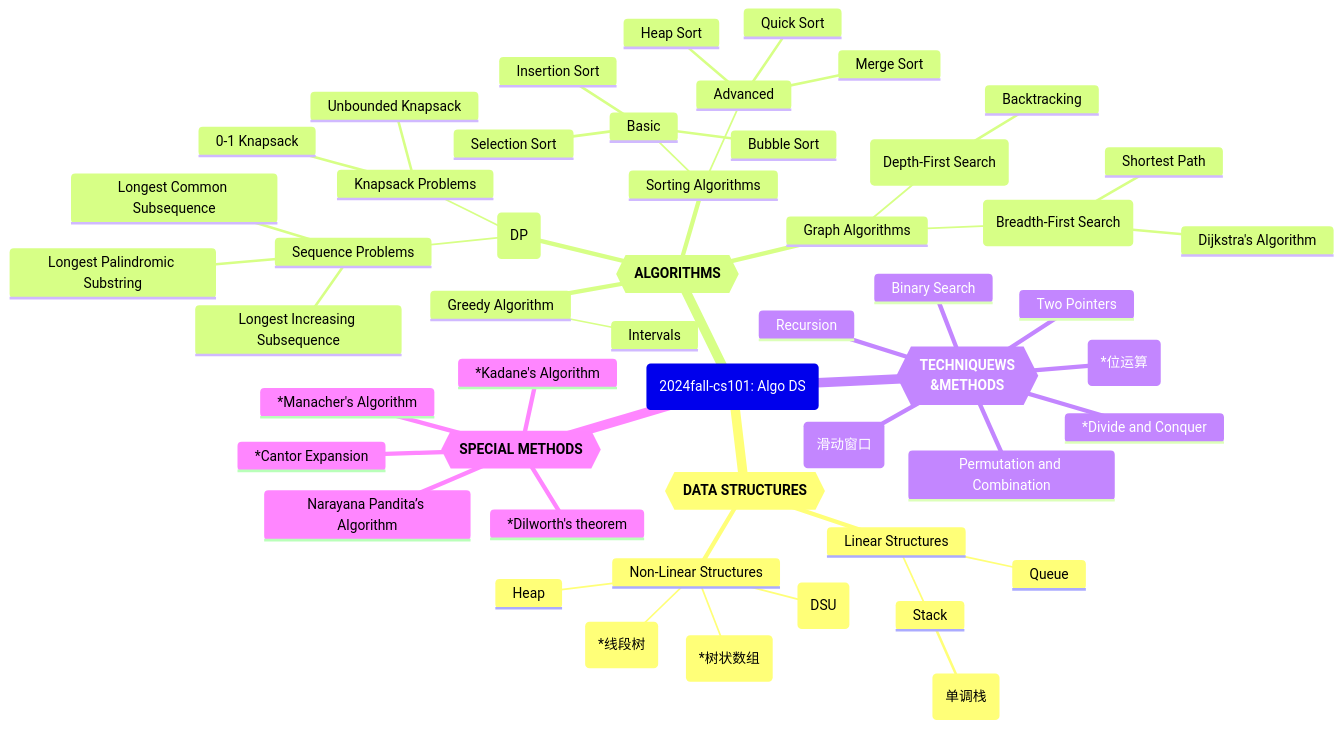
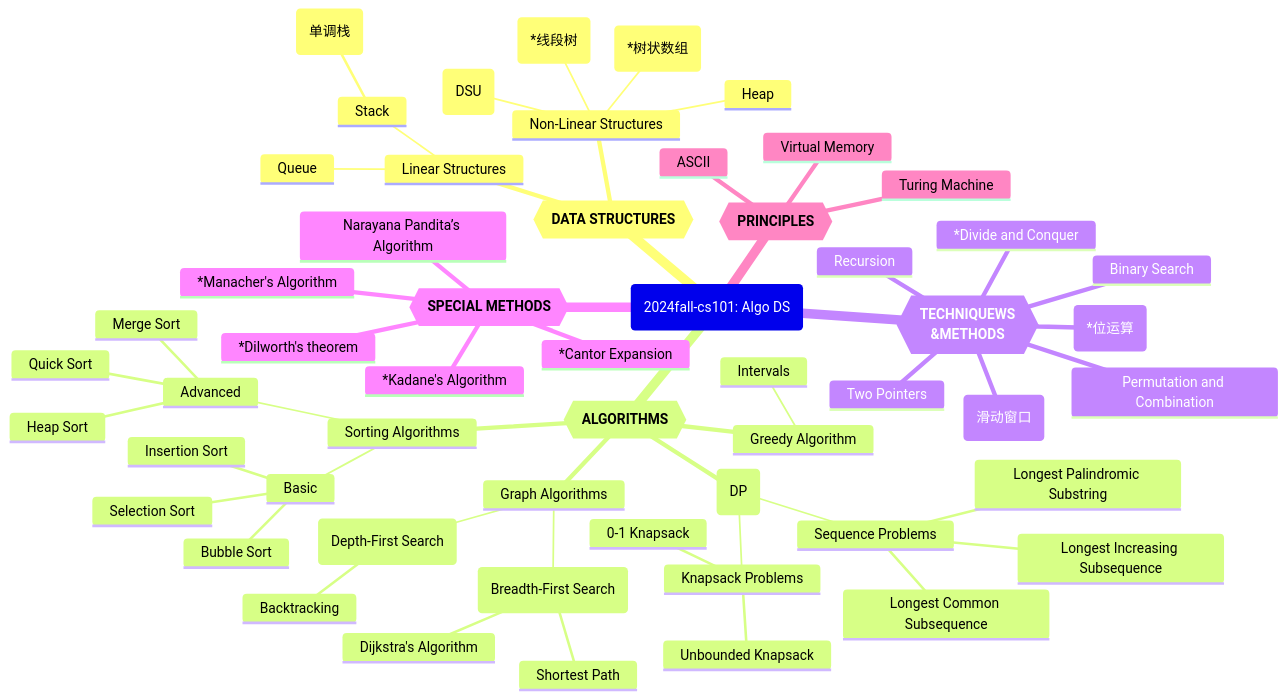
The diagram in 20241202_knowledgeGraph_cs101-AlgoDS.md (GMyhf/2024fall-cs101), drawn with Mermaid before and after one commit. The commit also changed other lines of this file, not shown here.

````diff
--- a/20241202_knowledgeGraph_cs101-AlgoDS.md
+++ b/20241202_knowledgeGraph_cs101-AlgoDS.md
@@ -13,58 +13,63 @@
 ```mermaid
 mindmap
   root (2024fall-cs101: Algo DS)
     Data Structures{{**DATA STRUCTURES**}}
     	Linear Structures
     		Stack
     			Monotonic Stack (单调栈)
     		Queue
     	Non-Linear Structures
     		Heap
     		Segment Tree(*线段树)
     		Binary Indexed Tree(*树状数组)
-    		Disjoint Set Union (DSU)
+    		*Disjoint Set Union (DSU)
     	
     Algorithms{{**ALGORITHMS**}}
     	Greedy Algorithm
     		Intervals
     	Dynamic Programming (DP)
     		Knapsack Problems
     			0-1 Knapsack
     			Unbounded Knapsack
     		Sequence Problems
     			Longest Common Subsequence
     			Longest Increasing Subsequence
     			Longest Palindromic Substring
     	Graph Algorithms			
     		DFS (Depth-First Search)
     			Backtracking
     		BFS (Breadth-First Search)
     			Shortest Path
     			Dijkstra's Algorithm
     	Sorting Algorithms
     		Basic
     			Bubble Sort
     			Selection Sort
     			Insertion Sort
     		Advanced
     			Merge Sort
     			Quick Sort
     			Heap Sort
     Techniques and Methods{{**TECHNIQUEWS<br>&METHODS**}}
       *Divide and Conquer
       Recursion
       Binary Search
       Two Pointers
       Sliding Window(滑动窗口)
       Permutation and Combination
       Bit Manipulation (*位运算)
     Special Methods{{**SPECIAL METHODS**}}
       *Kadane's Algorithm
       *Manacher's Algorithm
       Narayana Pandita’s Algorithm
       *Cantor Expansion
       *Dilworth's theorem
-
+      
+    Principles{{**PRINCIPLES**}}
+      ASCII
+      Virtual Memory
+      Turing Machine
+			
       
 
 ```
````
